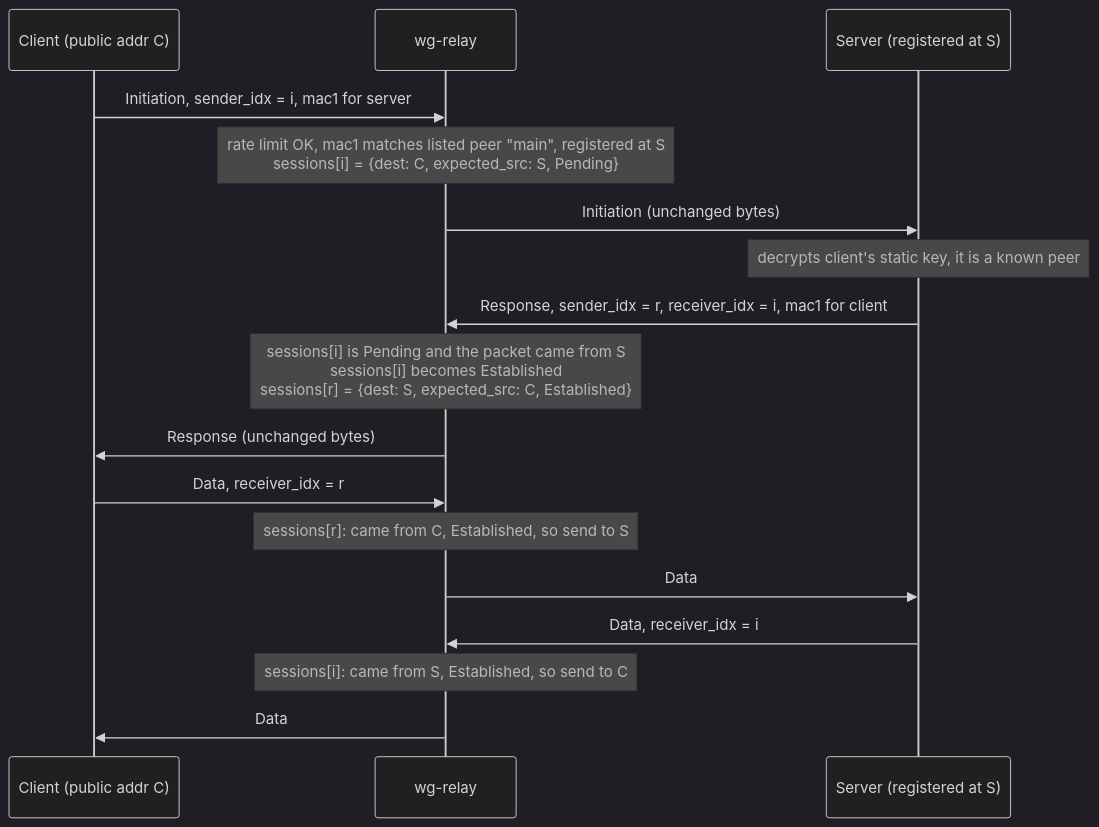
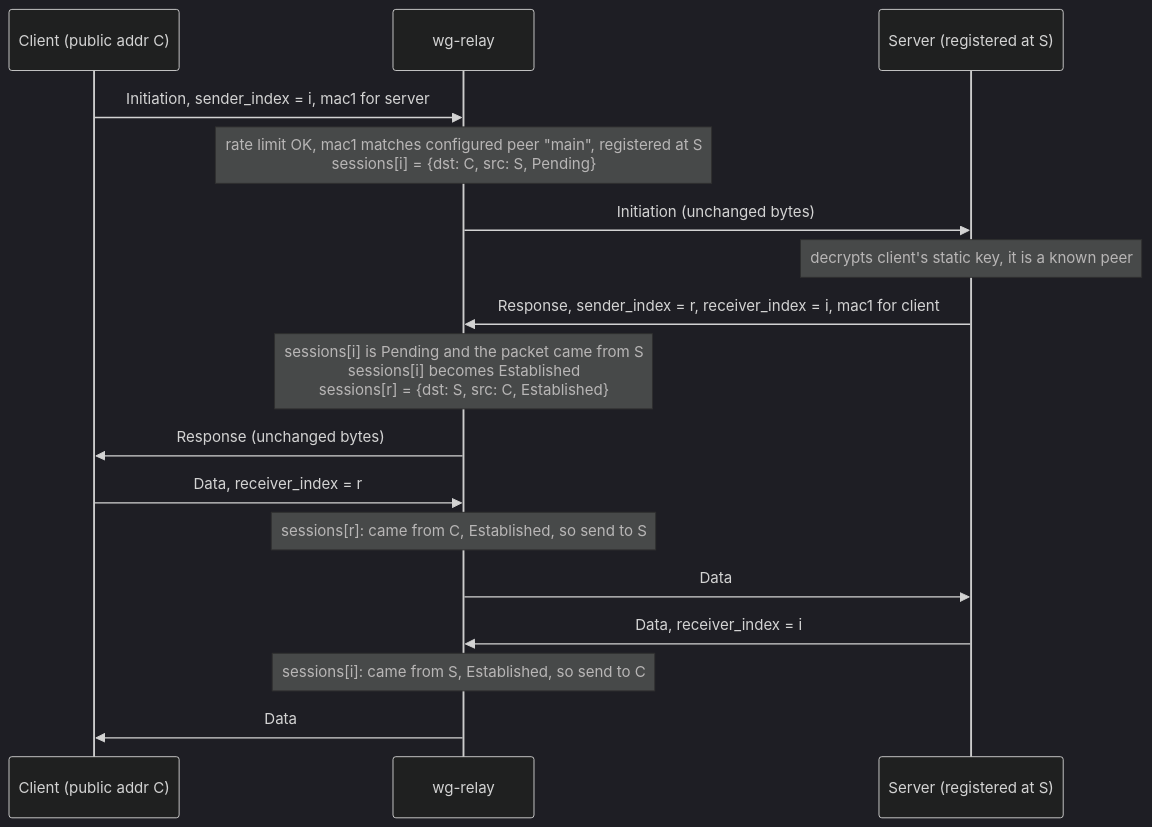
Diagram 11 of 23 in docs/how-it-works.md (3alpha/wg-relay), drawn with Mermaid (dark theme) before and after one commit. The commit also changed other lines of this file and 46 other files, not shown here.

````diff
--- a/docs/how-it-works.md
+++ b/docs/how-it-works.md
@@ -412,19 +414,19 @@
 ```mermaid
 sequenceDiagram
     participant C as Client (public addr C)
     participant R as wg-relay
     participant S as Server (registered at S)
-    C->>R: Initiation, sender_idx = i, mac1 for server
-    Note over R: rate limit OK, mac1 matches listed peer "main", registered at S<br/>sessions[i] = {dest: C, expected_src: S, Pending}
+    C->>R: Initiation, sender_index = i, mac1 for server
+    Note over R: rate limit OK, mac1 matches configured peer "main", registered at S<br/>sessions[i] = {dst: C, src: S, Pending}
     R->>S: Initiation (unchanged bytes)
     Note over S: decrypts client's static key, it is a known peer
-    S->>R: Response, sender_idx = r, receiver_idx = i, mac1 for client
-    Note over R: sessions[i] is Pending and the packet came from S<br/>sessions[i] becomes Established<br/>sessions[r] = {dest: S, expected_src: C, Established}
+    S->>R: Response, sender_index = r, receiver_index = i, mac1 for client
+    Note over R: sessions[i] is Pending and the packet came from S<br/>sessions[i] becomes Established<br/>sessions[r] = {dst: S, src: C, Established}
     R->>C: Response (unchanged bytes)
-    C->>R: Data, receiver_idx = r
+    C->>R: Data, receiver_index = r
     Note over R: sessions[r]: came from C, Established, so send to S
     R->>S: Data
-    S->>R: Data, receiver_idx = i
+    S->>R: Data, receiver_index = i
     Note over R: sessions[i]: came from S, Established, so send to C
     R->>C: Data
 ```
````
